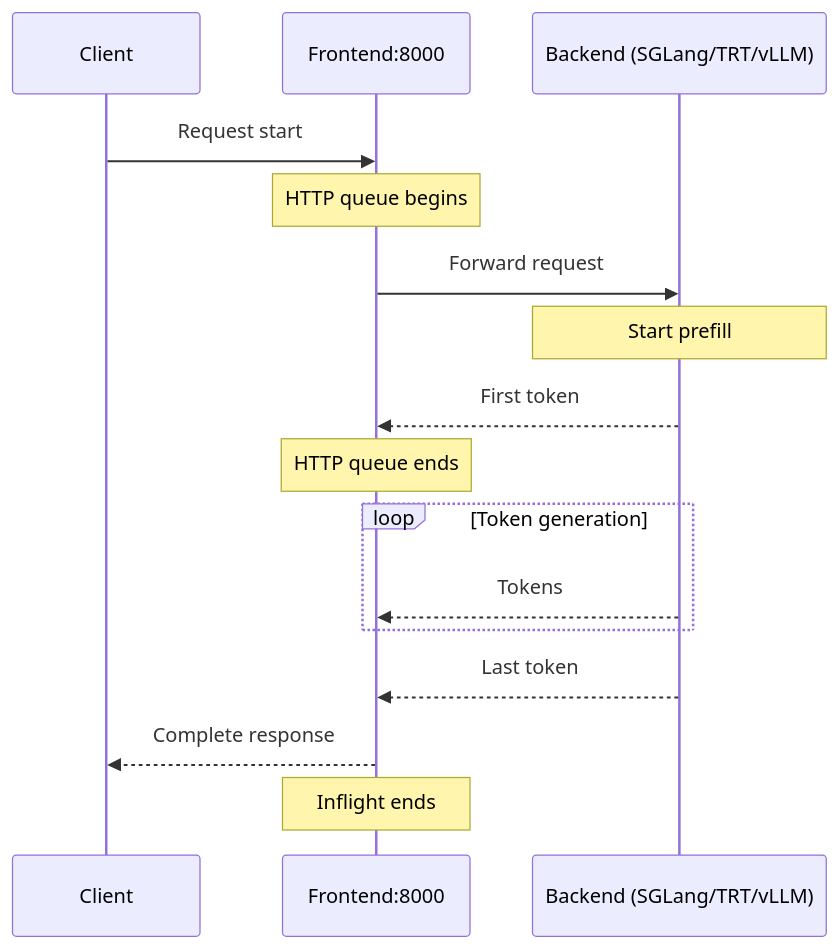
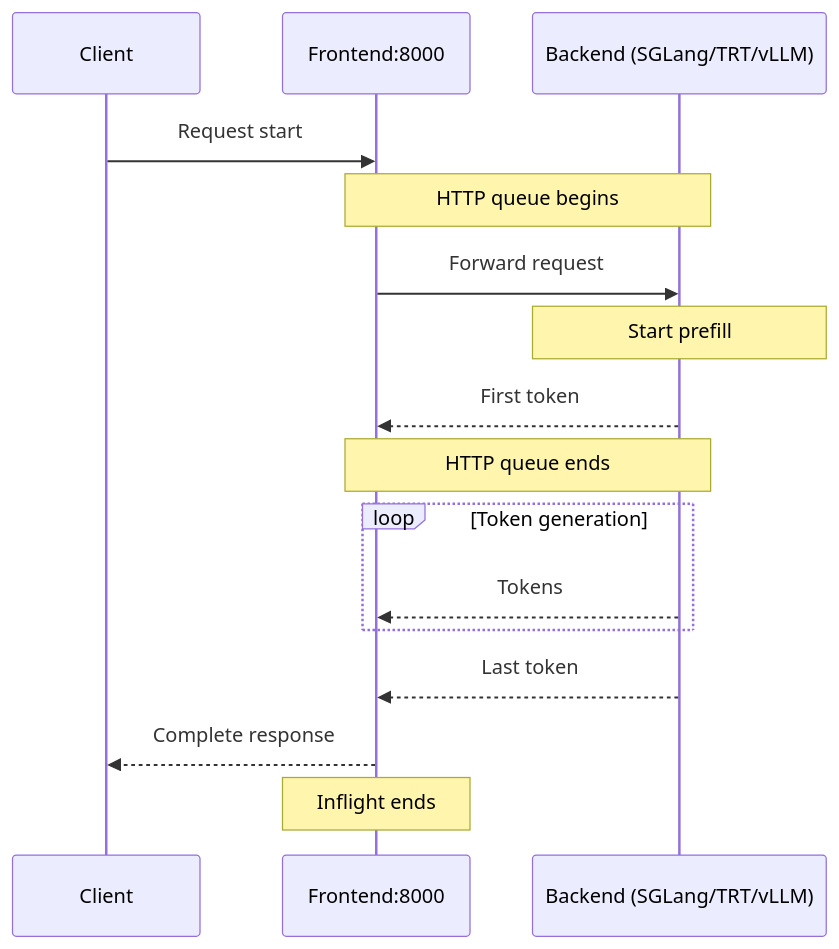
One commit to ai-dynamo/dynamo changed the diagram in docs/observability/metrics.md. Above: the diagram before and after it, drawn with Mermaid. The commit also changed 8 other files, not shown here.

````diff
--- a/docs/observability/metrics.md
+++ b/docs/observability/metrics.md
@@ -190,19 +190,19 @@
 ```mermaid
 sequenceDiagram
     participant Client
     participant Frontend as Frontend:8000
     participant Backend as Backend (SGLang/TRT/vLLM)
 
     Client->>Frontend: Request start
-    Note over Frontend: HTTP queue begins
+    Note over Frontend,Backend: HTTP queue begins
     Frontend->>Backend: Forward request
     Note over Backend: Start prefill
     Backend-->>Frontend: First token
-    Note over Frontend: HTTP queue ends
+    Note over Frontend,Backend: HTTP queue ends
     loop Token generation
         Backend-->>Frontend: Tokens
     end
     Backend-->>Frontend: Last token
     Frontend-->>Client: Complete response
     Note over Frontend: Inflight ends
 ```
````
